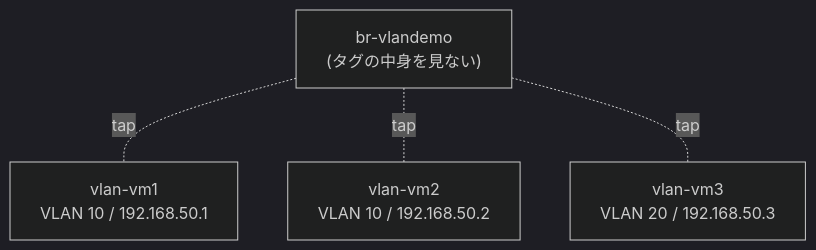
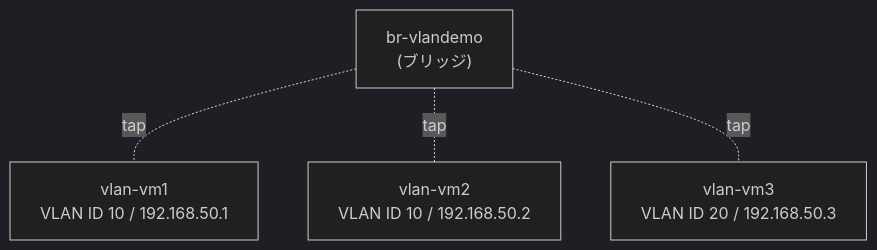
One commit to 0x69d/0x69d changed the first of 2 diagrams in articles/20260722-vlan-subinterface-verification.md. Above: the diagram before and after it, drawn with Mermaid (dark theme). The commit also changed other lines of this file and 2 other files, not shown here.

````diff
--- a/articles/20260722-vlan-subinterface-verification.md
+++ b/articles/20260722-vlan-subinterface-verification.md
@@ -27,7 +27,7 @@
 ```mermaid
 graph TD
-    BR["br-vlandemo<br/>(タグの中身を見ない)"]
-    BR -.tap.- V1["vlan-vm1<br/>VLAN 10 / 192.168.50.1"]
-    BR -.tap.- V2["vlan-vm2<br/>VLAN 10 / 192.168.50.2"]
-    BR -.tap.- V3["vlan-vm3<br/>VLAN 20 / 192.168.50.3"]
+    BR["br-vlandemo<br/>(ブリッジ)"]
+    BR -.tap.- V1["vlan-vm1<br/>VLAN ID 10 / 192.168.50.1"]
+    BR -.tap.- V2["vlan-vm2<br/>VLAN ID 10 / 192.168.50.2"]
+    BR -.tap.- V3["vlan-vm3<br/>VLAN ID 20 / 192.168.50.3"]
 ```
````
